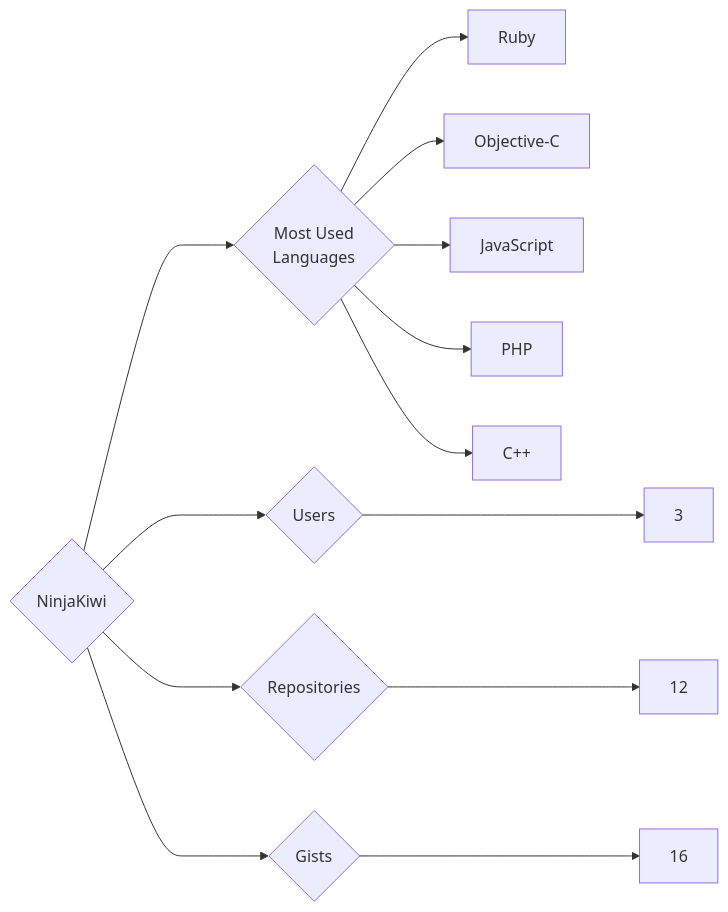
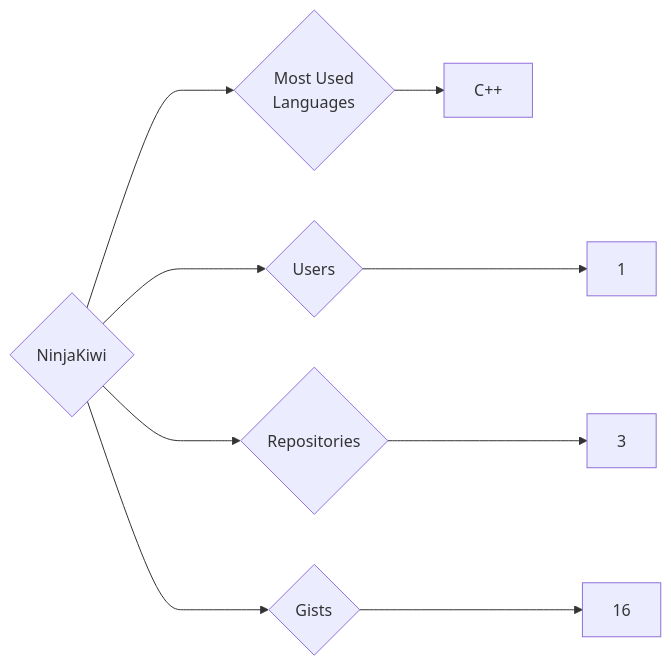
Before and after one commit to trickest/insiders: the diagram in targets/NinjaKiwi/README.md, drawn with Mermaid. The commit also changed 728 other files, not shown here.

````diff
--- a/targets/NinjaKiwi/README.md
+++ b/targets/NinjaKiwi/README.md
@@ -3,13 +3,9 @@
 ```mermaid
 graph LR
 COMPANY_NAME{NinjaKiwi}
-COMPANY_NAME ---> U{Users} ---> UN[3]
-COMPANY_NAME ---> R{Repositories} ---> RN[12]
+COMPANY_NAME ---> U{Users} ---> UN[1]
+COMPANY_NAME ---> R{Repositories} ---> RN[3]
 COMPANY_NAME ---> G{Gists} ---> GN[16]
 COMPANY_NAME ---> ML{Most Used<br>Languages}
-ML --> Ruby[Ruby]
-ML --> Objective-C[Objective-C]
-ML --> JavaScript[JavaScript]
-ML --> PHP[PHP]
 ML --> C++[C++]
 ```
````
